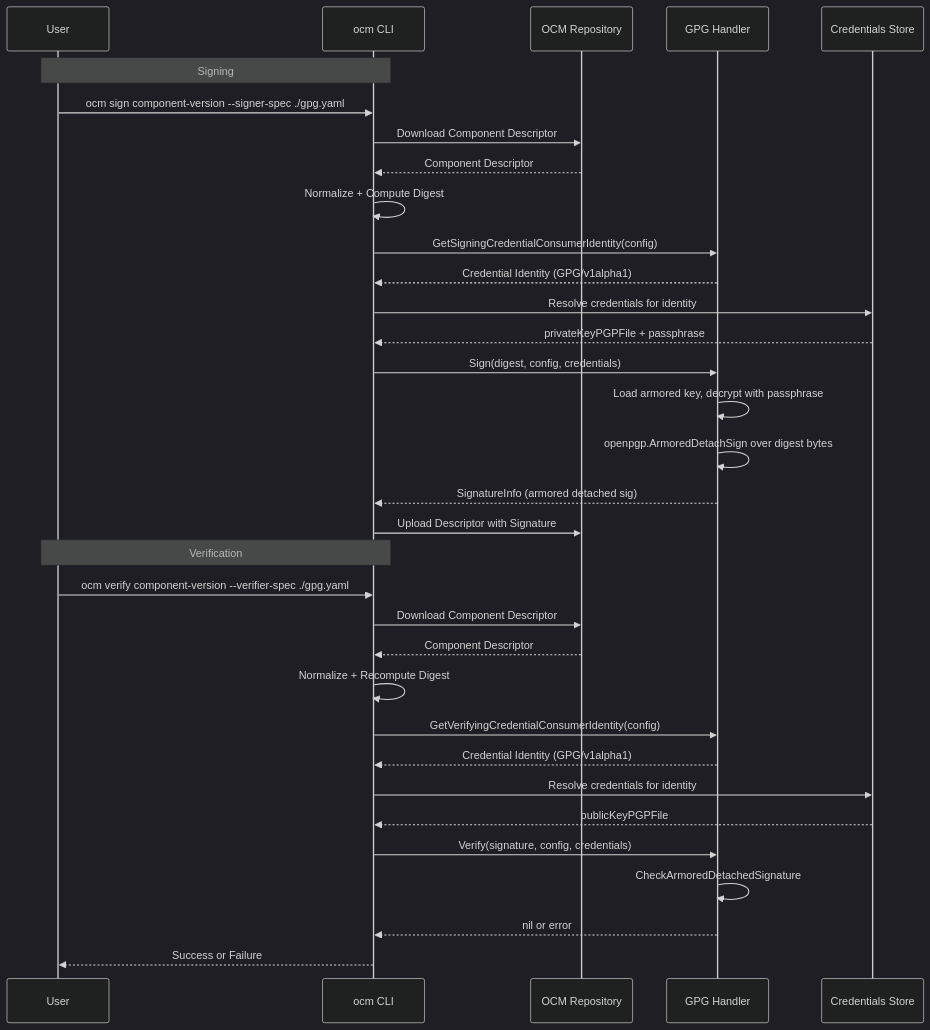
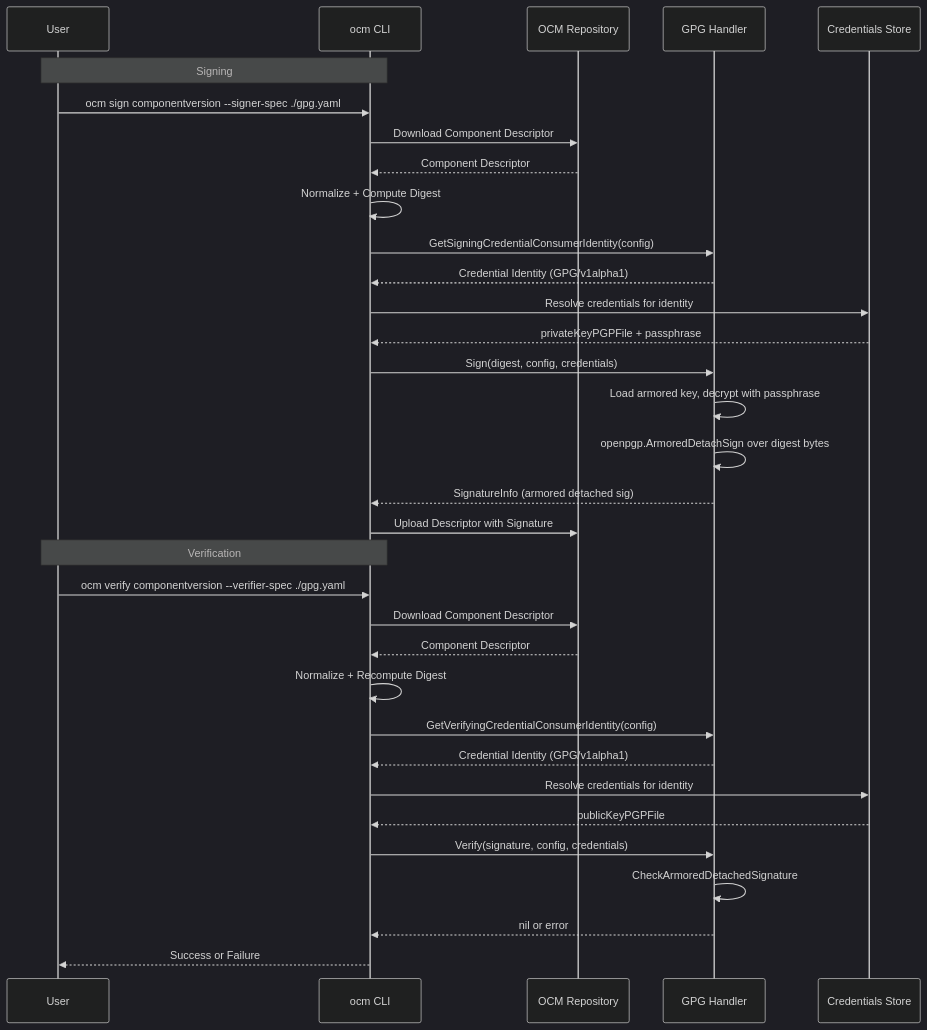
The diagram in docs/adr/0023_gpg_signing.md (open-component-model/open-component-model), drawn with Mermaid (dark theme) before and after one commit. The commit also changed other lines of this file and 2 other files, not shown here.

Commit message:
fix: address CodeRabbit review findings in GPG handler
- PrivateKeyRingFromCredentials: load full keyring so fingerprint
  selection works across multi-key armored inputs (not just entities[0])
- nil guards on PrivateEntityFromCredentials and PublicKeyRingFromCredentials
- ADR: rephrase CLI registration as future/planned (follow-up PR)
- ADR: align mermaid diagram command names to 'componentversion'

On-behalf-of: @SAP <jakob.moeller@sap.com>
On-behalf-of: @SAP <jakob.moeller@sap.com>
On-behalf-of: @SAP <jakob.moeller@sap.com>

````diff
--- a/docs/adr/0023_gpg_signing.md
+++ b/docs/adr/0023_gpg_signing.md
@@ -52,37 +52,37 @@
 ```mermaid
 sequenceDiagram
     participant U as User
     participant CLI as ocm CLI
     participant Repo as OCM Repository
     participant Handler as GPG Handler
     participant Creds as Credentials Store
 
     Note over U,CLI: Signing
-    U->>CLI: ocm sign component-version --signer-spec ./gpg.yaml
+    U->>CLI: ocm sign componentversion --signer-spec ./gpg.yaml
     CLI->>Repo: Download Component Descriptor
     Repo-->>CLI: Component Descriptor
     CLI->>CLI: Normalize + Compute Digest
     CLI->>Handler: GetSigningCredentialConsumerIdentity(config)
     Handler-->>CLI: Credential Identity (GPG/v1alpha1)
     CLI->>Creds: Resolve credentials for identity
     Creds-->>CLI: privateKeyPGPFile + passphrase
     CLI->>Handler: Sign(digest, config, credentials)
     Handler->>Handler: Load armored key, decrypt with passphrase
     Handler->>Handler: openpgp.ArmoredDetachSign over digest bytes
     Handler-->>CLI: SignatureInfo (armored detached sig)
     CLI->>Repo: Upload Descriptor with Signature
 
     Note over U,CLI: Verification
-    U->>CLI: ocm verify component-version --verifier-spec ./gpg.yaml
+    U->>CLI: ocm verify componentversion --verifier-spec ./gpg.yaml
     CLI->>Repo: Download Component Descriptor
     Repo-->>CLI: Component Descriptor
     CLI->>CLI: Normalize + Recompute Digest
     CLI->>Handler: GetVerifyingCredentialConsumerIdentity(config)
     Handler-->>CLI: Credential Identity (GPG/v1alpha1)
     CLI->>Creds: Resolve credentials for identity
     Creds-->>CLI: publicKeyPGPFile
     CLI->>Handler: Verify(signature, config, credentials)
     Handler->>Handler: CheckArmoredDetachedSignature
     Handler-->>CLI: nil or error
     CLI-->>U: Success or Failure
 ```
````
